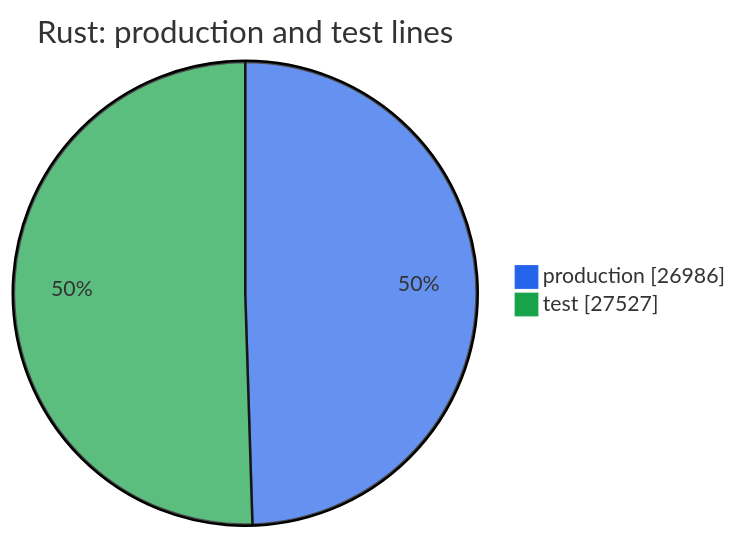
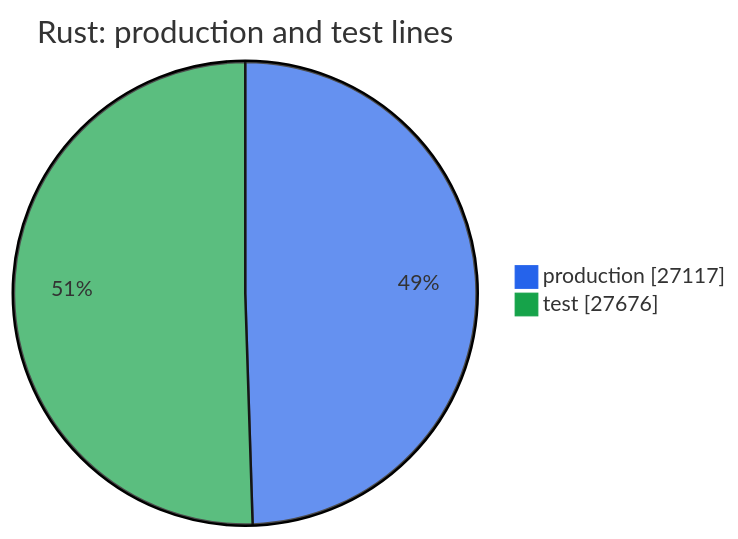
The second of 2 diagrams in metrics.md (thomascherickal/ferrum-gpu), drawn with Mermaid before and after one commit. The commit also changed other lines of this file and 16 other files, not shown here.

````diff
--- a/metrics.md
+++ b/metrics.md
@@ -35,6 +35,6 @@
 ```mermaid
 %%{init: {"theme": "base", "themeVariables": {"pie1": "#2563eb", "pie2": "#16a34a", "pie3": "#d97706", "pie4": "#db2777", "pie5": "#7c3aed", "pie6": "#0891b2", "pie7": "#65a30d", "pie8": "#dc2626"}}}%%
 pie showData title Rust: production and test lines
-    "production" : 26986
-    "test" : 27527
+    "production" : 27117
+    "test" : 27676
 ```
````
